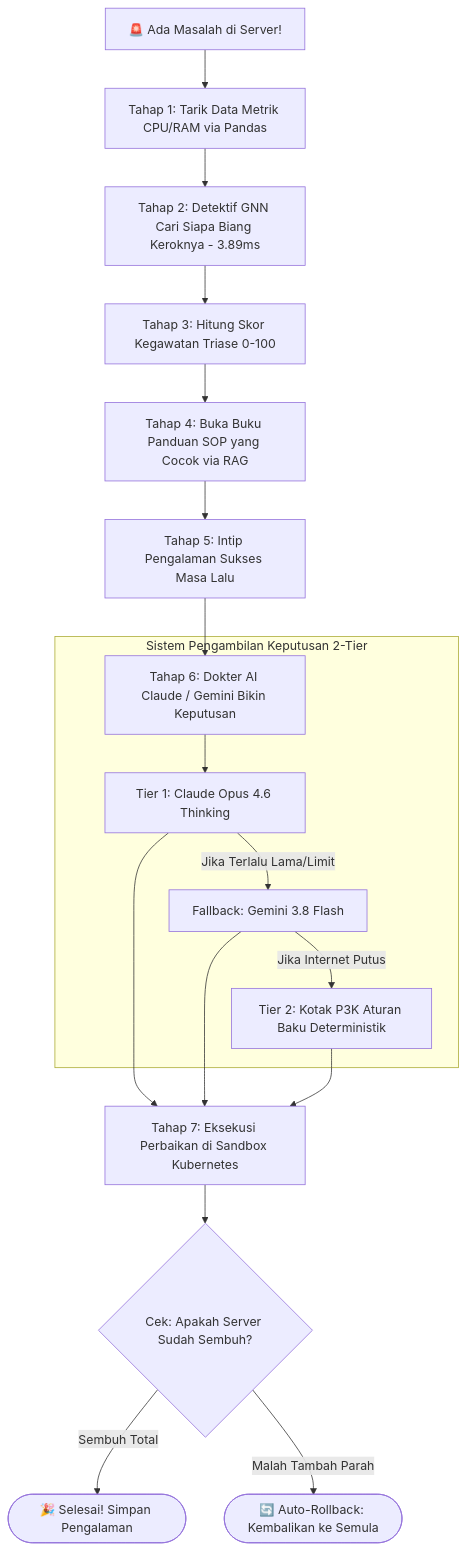
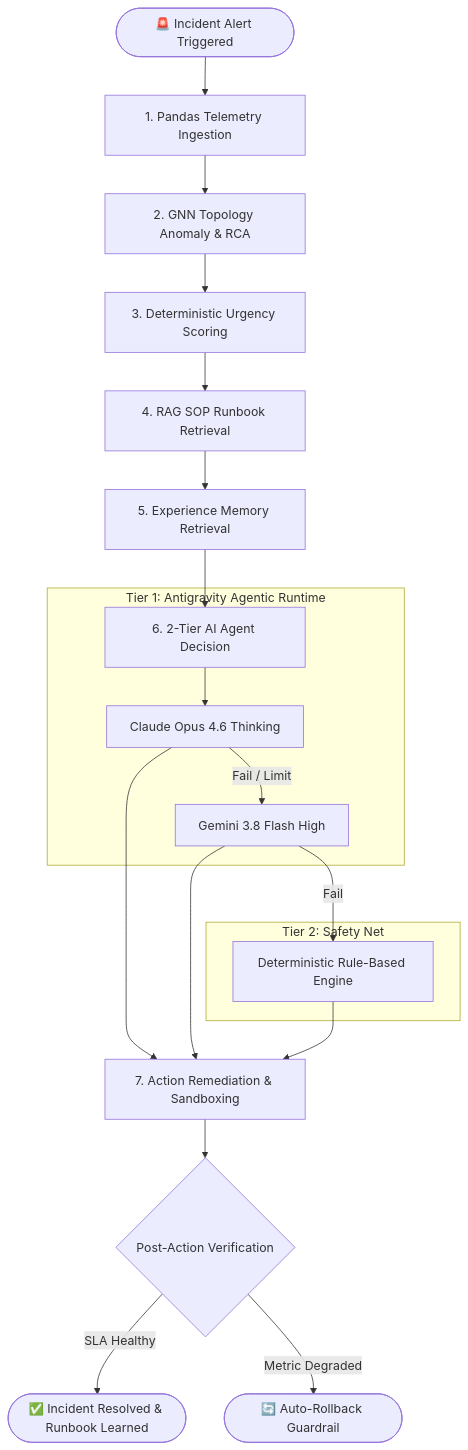
Before and after one commit to naufalln85/XSFCI: the diagram in xfsci_complete_project_summary_hackmd.md, drawn with Mermaid. The commit also changed other lines of this file, not shown here.

Commit message:
docs: finalize HackMD summary with explicit justifications for AI Agentic and Federated Learning

````diff
--- a/xfsci_complete_project_summary_hackmd.md
+++ b/xfsci_complete_project_summary_hackmd.md
@@ -112,23 +105,26 @@
 ```mermaid
 graph TD
-    A[🚨 Ada Masalah di Server!] --> S1[Tahap 1: Tarik Data Metrik CPU/RAM via Pandas]
-    S1 --> S2[Tahap 2: Detektif GNN Cari Siapa Biang Keroknya - 3.89ms]
-    S2 --> S3[Tahap 3: Hitung Skor Kegawatan Triase 0-100]
-    S3 --> S4[Tahap 4: Buka Buku Panduan SOP yang Cocok via RAG]
-    S4 --> S5[Tahap 5: Intip Pengalaman Sukses Masa Lalu]
-    S5 --> S6[Tahap 6: Dokter AI Claude / Gemini Bikin Keputusan]
+    Alert([🚨 Incident Alert Triggered]) --> S1[1. Pandas Telemetry Ingestion]
+    S1 --> S2[2. GNN Topology Anomaly & RCA]
+    S2 --> S3[3. Deterministic Urgency Scoring]
+    S3 --> S4[4. RAG SOP Runbook Retrieval]
+    S4 --> S5[5. Experience Memory Retrieval]
+    S5 --> S6[6. 2-Tier AI Agent Decision]
     
-    subgraph "Sistem Pengambilan Keputusan 2-Tier"
-        S6 --> T1[Tier 1: Claude Opus 4.6 Thinking]
-        T1 -- Jika Terlalu Lama/Limit --> T2[Fallback: Gemini 3.8 Flash]
-        T2 -- Jika Internet Putus --> T3[Tier 2: Kotak P3K Aturan Baku Deterministik]
+    subgraph "Tier 1: Antigravity Agentic Runtime"
+        S6 --> T1A[Claude Opus 4.6 Thinking]
+        T1A -- Fail / Limit --> T1B[Gemini 3.8 Flash High]
+    end
+    
+    subgraph "Tier 2: Safety Net"
+        T1B -- Fail --> T2[Deterministic Rule-Based Engine]
     end
 
-    T1 --> S7[Tahap 7: Eksekusi Perbaikan di Sandbox Kubernetes]
+    T1A --> S7[7. Action Remediation & Sandboxing]
+    T1B --> S7
     T2 --> S7
-    T3 --> S7
     
-    S7 --> Cek{Cek: Apakah Server Sudah Sembuh?}
-    Cek -- Sembuh Total --> OK([🎉 Selesai! Simpan Pengalaman])
-    Cek -- Malah Tambah Parah --> Rollback([🔄 Auto-Rollback: Kembalikan ke Semula])
+    S7 --> Verif{Post-Action Verification}
+    Verif -- SLA Healthy --> Success([✅ Incident Resolved & Runbook Learned])
+    Verif -- Metric Degraded --> Rollback([🔄 Auto-Rollback Guardrail])
 ```
````
